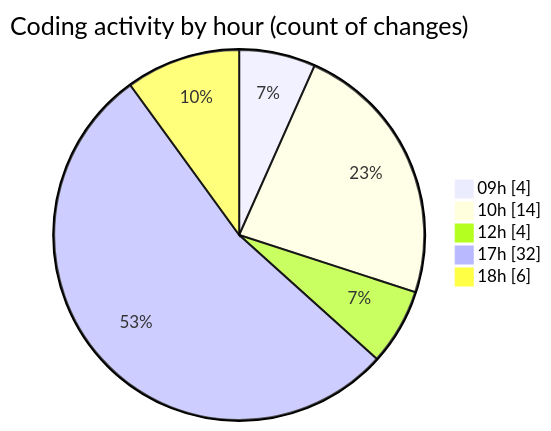
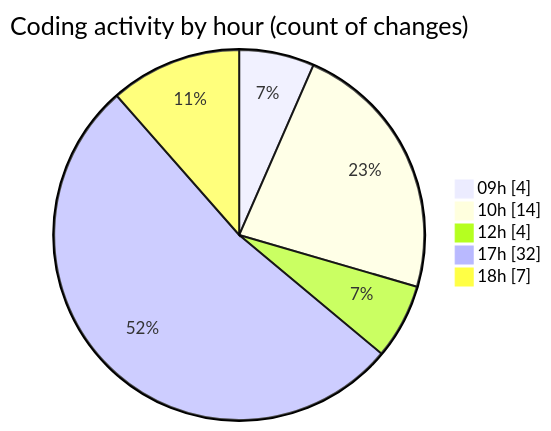
Before and after one commit to Elitesun/code-tracking: the second of 2 diagrams in 2025-05-06/niten/README.md, drawn with Mermaid. The commit also changed other lines of this file and 1 other file, not shown here.

````diff
--- a/2025-05-06/niten/README.md
+++ b/2025-05-06/niten/README.md
@@ -53,9 +53,9 @@
 ```mermaid
 pie showData
 title Coding activity by hour (count of changes)
 "09h" : 4
 "10h" : 14
 "12h" : 4
 "17h" : 32
-"18h" : 6
+"18h" : 7
 ```
````
